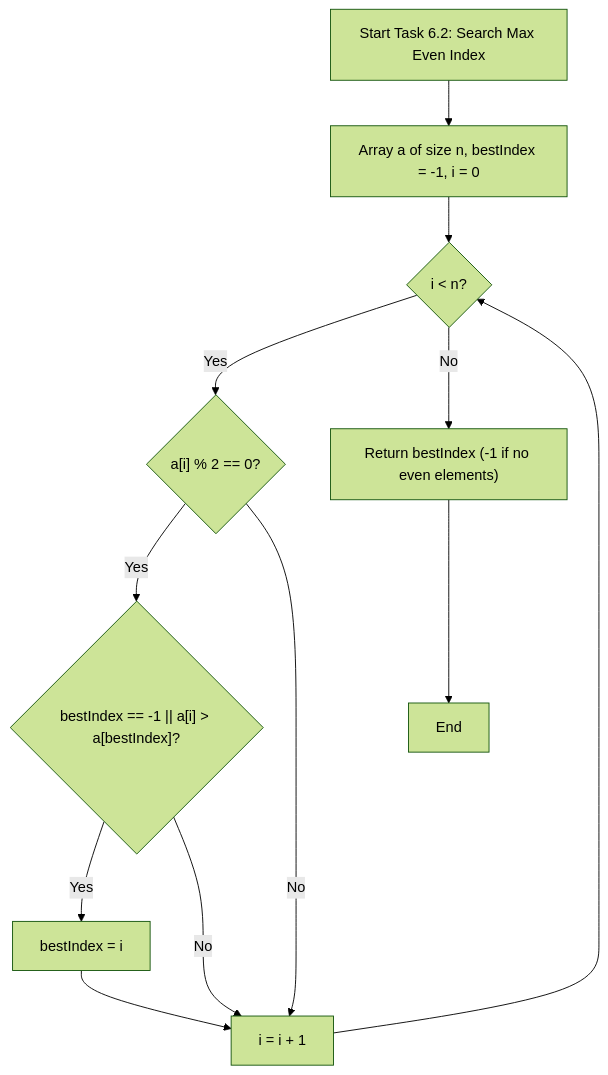
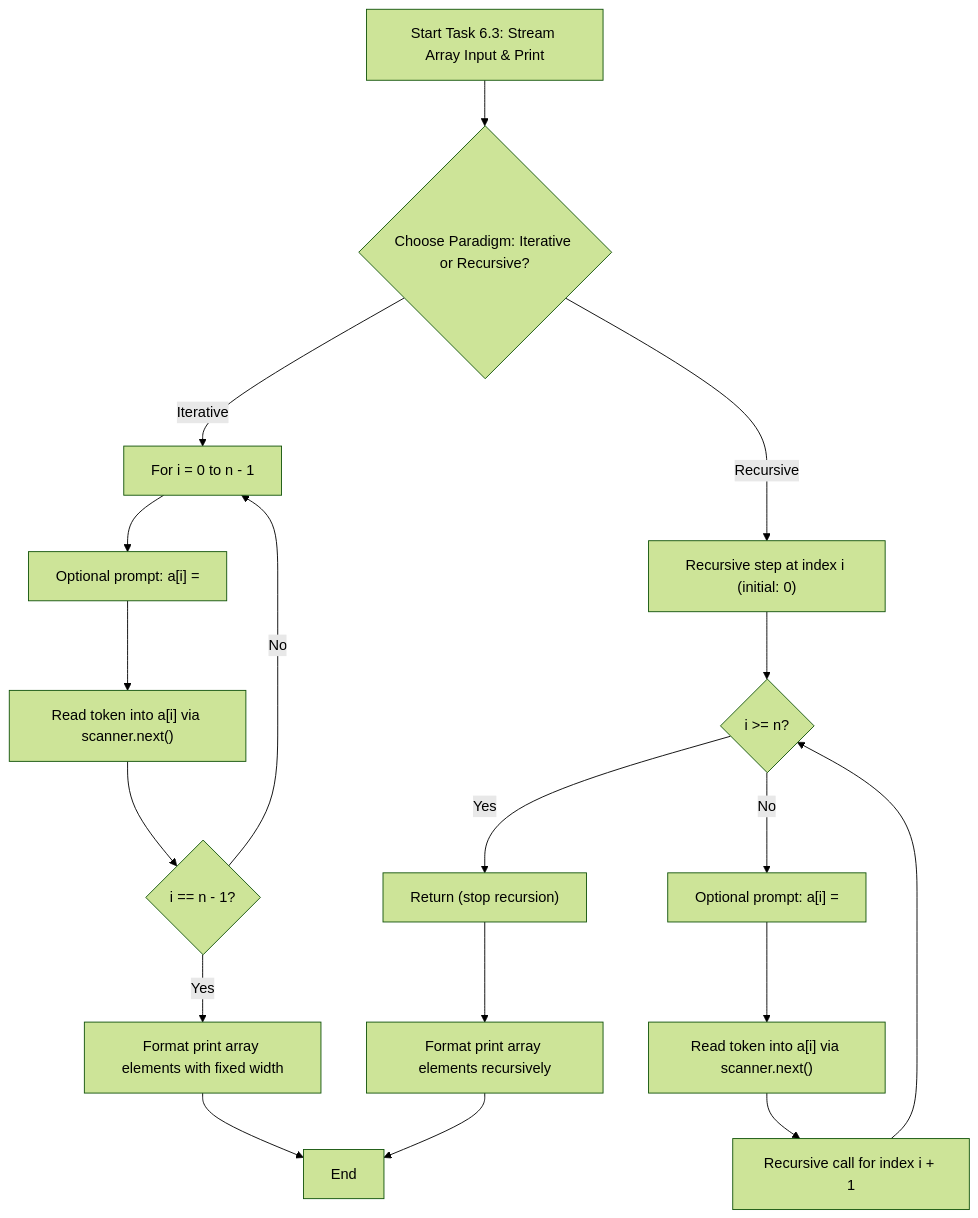
One commit to lviv-polytech/alg-java-labs changed the first of 3 diagrams in lb6/README.md. Above: the diagram before and after it, drawn with Mermaid (forest theme). The commit also changed other lines of this file and 3 other files, not shown here.

Commit message:
feat(lab-06): implement task 6.3 array input and format printing via ordinary and template functions

````diff
--- a/lb6/README.md
+++ b/lb6/README.md
@@ -41,14 +47,23 @@
 ```mermaid
 flowchart TD
-    Start["Start Task 6.2: Search Max Even Index"] --> Init["Array a of size n, bestIndex = -1, i = 0"]
-    Init --> CheckEnd{"i < n?"}
-    CheckEnd -- "Yes" --> CheckEven{"a[i] % 2 == 0?"}
-    CheckEven -- "Yes" --> CheckGreater{"bestIndex == -1 || a[i] > a[bestIndex]?"}
-    CheckGreater -- "Yes" --> UpdateBest["bestIndex = i"]
-    CheckGreater -- "No" --> NextIdx["i = i + 1"]
-    CheckEven -- "No" --> NextIdx
-    UpdateBest --> NextIdx
-    NextIdx --> CheckEnd
-    CheckEnd -- "No" --> Return["Return bestIndex (-1 if no even elements)"]
-    Return --> Finish["End"]
+    Start["Start Task 6.3: Stream Array Input & Print"] --> ChooseMode{"Choose Paradigm: Iterative or Recursive?"}
+
+    ChooseMode -- "Iterative" --> ItLoop["For i = 0 to n - 1"]
+    ItLoop --> ItPrompt["Optional prompt: a[i] = "]
+    ItPrompt --> ItRead["Read token into a[i] via scanner.next()"]
+    ItRead --> ItCheck{"i == n - 1?"}
+    ItCheck -- "No" --> ItLoop
+    ItCheck -- "Yes" --> ItPrint["Format print array elements with fixed width"]
+
+    ChooseMode -- "Recursive" --> RecCall["Recursive step at index i (initial: 0)"]
+    RecCall --> BaseCase{"i >= n?"}
+    BaseCase -- "Yes" --> Terminate["Return (stop recursion)"]
+    BaseCase -- "No" --> RecPrompt["Optional prompt: a[i] = "]
+    RecPrompt --> RecRead["Read token into a[i] via scanner.next()"]
+    RecRead --> RecNext["Recursive call for index i + 1"]
+    RecNext --> BaseCase
+
+    ItPrint --> Finish["End"]
+    Terminate --> RecPrint["Format print array elements recursively"]
+    RecPrint --> Finish
 ```
````
